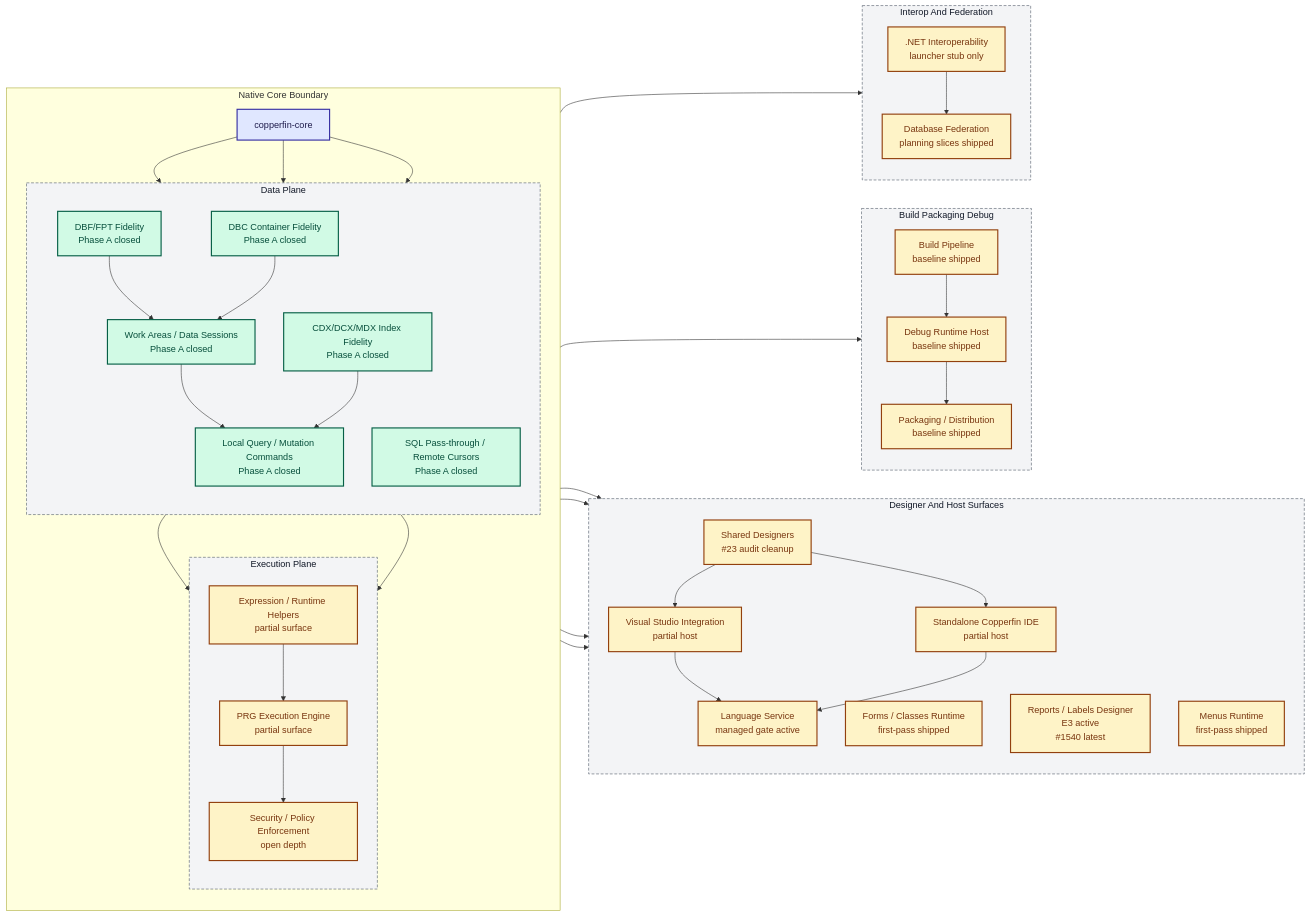
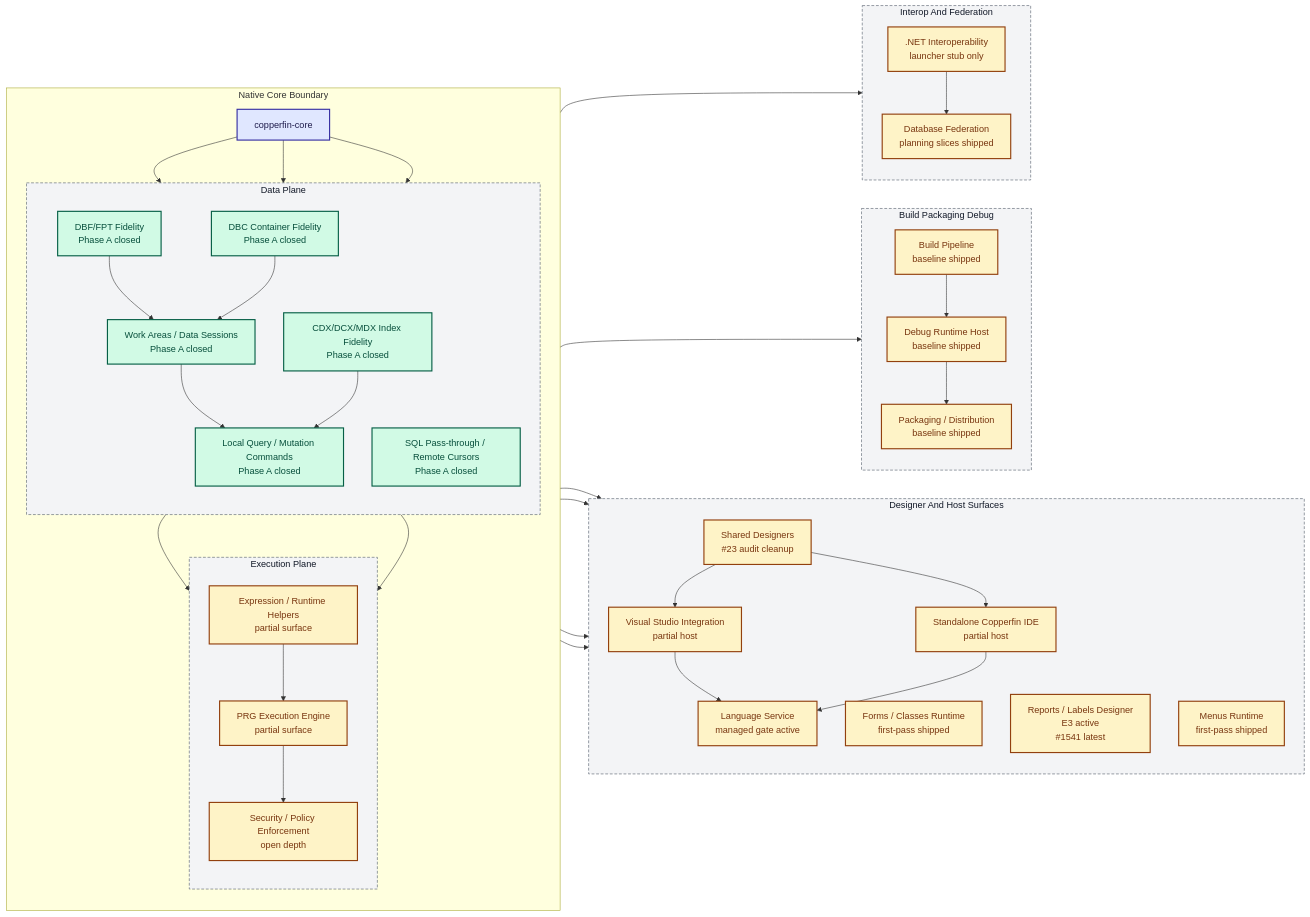
Before and after one commit to rhamenator/Project-Copperfin: the diagram in docs/02-architecture.md, drawn with Mermaid. The commit also changed 6 other files, not shown here.

```diff
--- a/docs/02-architecture.md
+++ b/docs/02-architecture.md
@@ -36,7 +36,7 @@
         direction TB
         DES["Shared Designers<br/>#23 audit cleanup"]
         FORMS["Forms / Classes Runtime<br/>first-pass shipped"]
-        RPT["Reports / Labels Designer<br/>E3 active<br/>#1540 latest"]
+        RPT["Reports / Labels Designer<br/>E3 active<br/>#1541 latest"]
         MENU["Menus Runtime<br/>first-pass shipped"]
         VS["Visual Studio Integration<br/>partial host"]
         IDE["Standalone Copperfin IDE<br/>partial host"]
```
